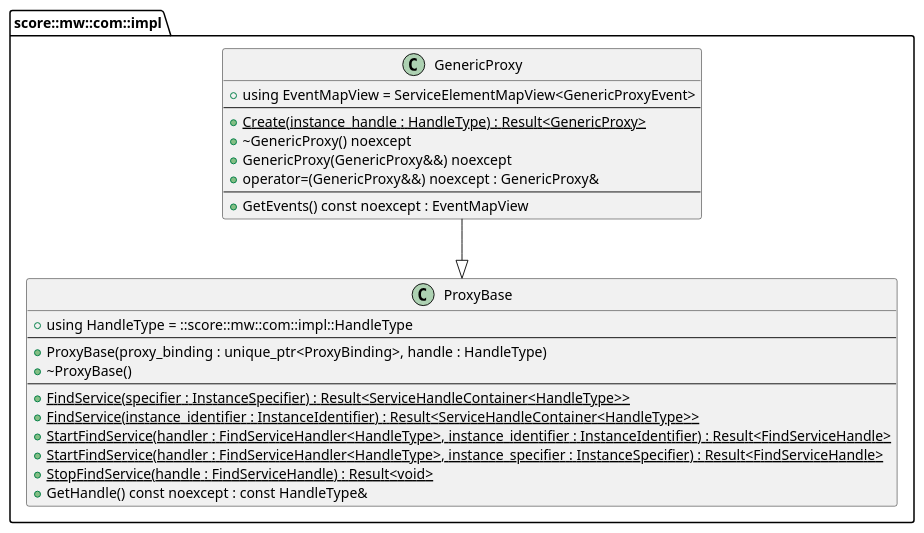
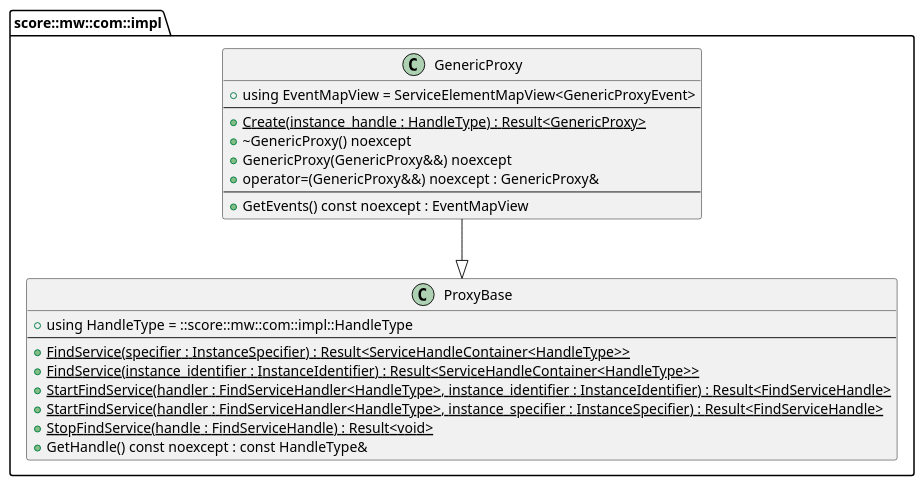
The diagram in score/mw/com/impl/dependability/generic_proxy_and_service_elements/generic_proxy_public_api.puml (eclipse-score/communication), drawn with PlantUML before and after one commit. The commit also changed 1 other file, not shown here.

```diff
--- a/score/mw/com/impl/dependability/generic_proxy_and_service_elements/generic_proxy_public_api.puml
+++ b/score/mw/com/impl/dependability/generic_proxy_and_service_elements/generic_proxy_public_api.puml
@@ -14,35 +14,32 @@
 @startuml
 
 namespace score::mw::com::impl {
 
     class GenericProxy {
         +using EventMapView = ServiceElementMapView<GenericProxyEvent>
         --
         +{static} Create(instance_handle : HandleType) : Result<GenericProxy>
         +~GenericProxy() noexcept
         +GenericProxy(GenericProxy&&) noexcept
         +operator=(GenericProxy&&) noexcept : GenericProxy&
         --
         +GetEvents() const noexcept : EventMapView
     }
 
     class ProxyBase {
         +using HandleType = ::score::mw::com::impl::HandleType
         --
-        +ProxyBase(proxy_binding : unique_ptr<ProxyBinding>, handle : HandleType)
-        +~ProxyBase()
-        --
         +{static} FindService(specifier : InstanceSpecifier) : Result<ServiceHandleContainer<HandleType>>
         +{static} FindService(instance_identifier : InstanceIdentifier) : Result<ServiceHandleContainer<HandleType>>
         +{static} StartFindService(handler : FindServiceHandler<HandleType>, instance_identifier : InstanceIdentifier) : Result<FindServiceHandle>
         +{static} StartFindService(handler : FindServiceHandler<HandleType>, instance_specifier : InstanceSpecifier) : Result<FindServiceHandle>
         +{static} StopFindService(handle : FindServiceHandle) : Result<void>
         +GetHandle() const noexcept : const HandleType&
     }
 
 
     ' --- Relations ---
     GenericProxy --|> ProxyBase
 }
 
 @enduml
```
